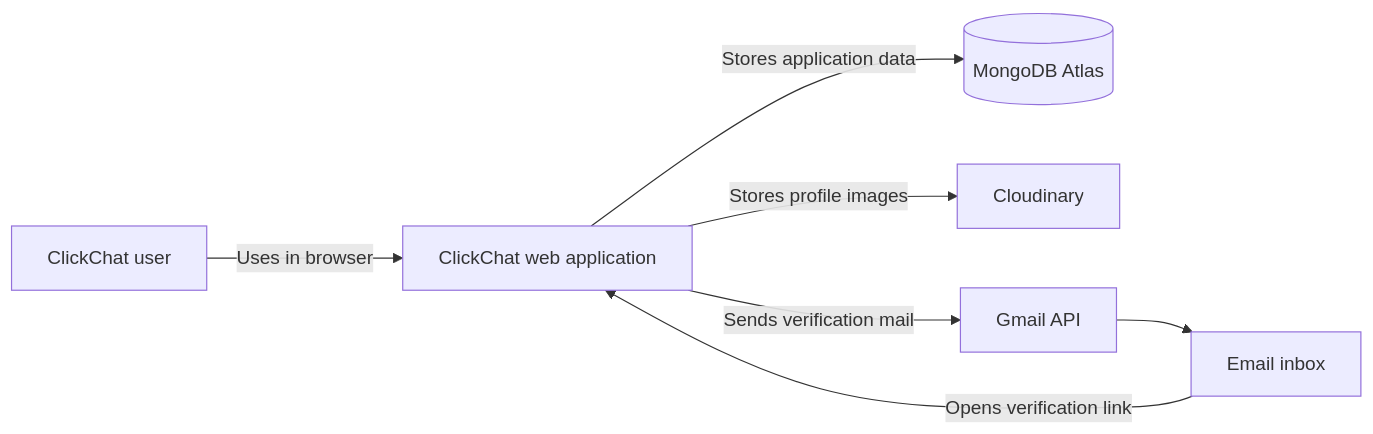
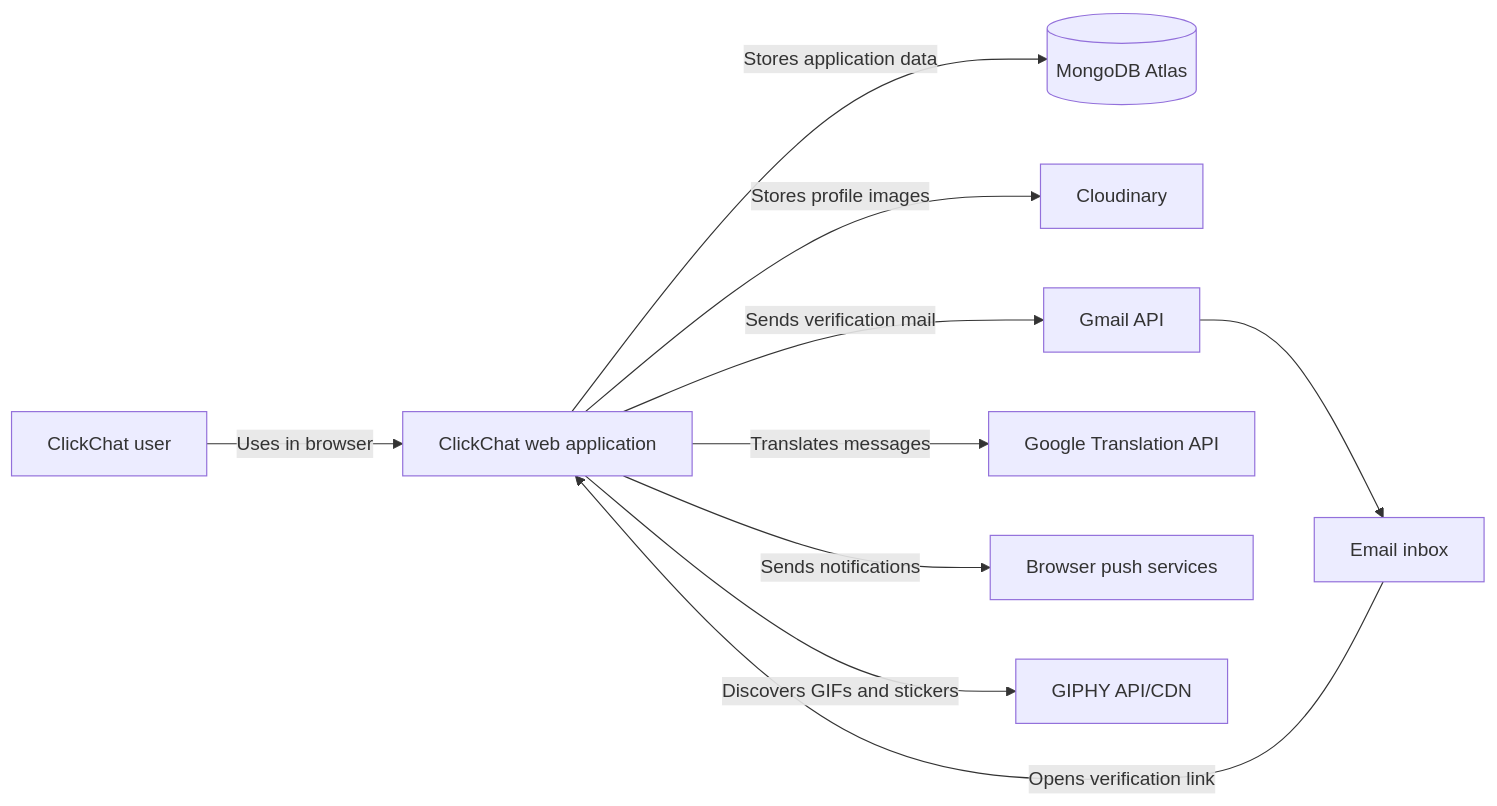
Before and after one commit to Saurav11343/click-chat: the first of 26 diagrams in docs/10-diagram-catalog.md, drawn with Mermaid. The commit also changed other lines of this file and 11 other files, not shown here.

Commit message:
update diagrams

````diff
--- a/docs/10-diagram-catalog.md
+++ b/docs/10-diagram-catalog.md
@@ -14,16 +14,22 @@
 ```mermaid
 flowchart LR
     User["ClickChat user"]
     App["ClickChat web application"]
     Mail["Email inbox"]
     Mongo[("MongoDB Atlas")]
     Cloud["Cloudinary"]
     Gmail["Gmail API"]
+    Translation["Google Translation API"]
+    Push["Browser push services"]
+    Giphy["GIPHY API/CDN"]
 
     User -->|"Uses in browser"| App
     App -->|"Sends verification mail"| Gmail
     Gmail --> Mail
     Mail -->|"Opens verification link"| App
     App -->|"Stores application data"| Mongo
     App -->|"Stores profile images"| Cloud
+    App -->|"Translates messages"| Translation
+    App -->|"Sends notifications"| Push
+    App -->|"Discovers GIFs and stickers"| Giphy
 ```
````
